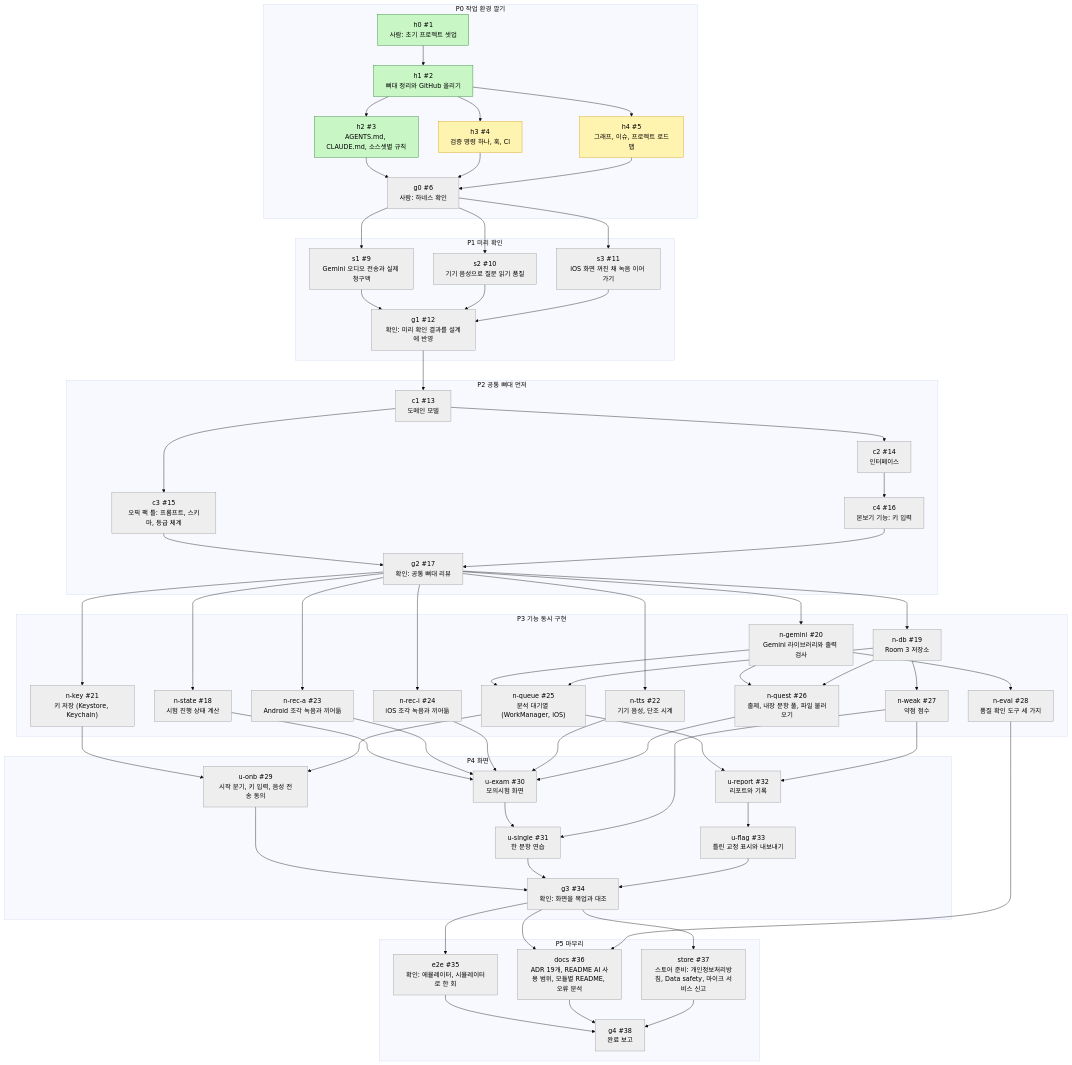
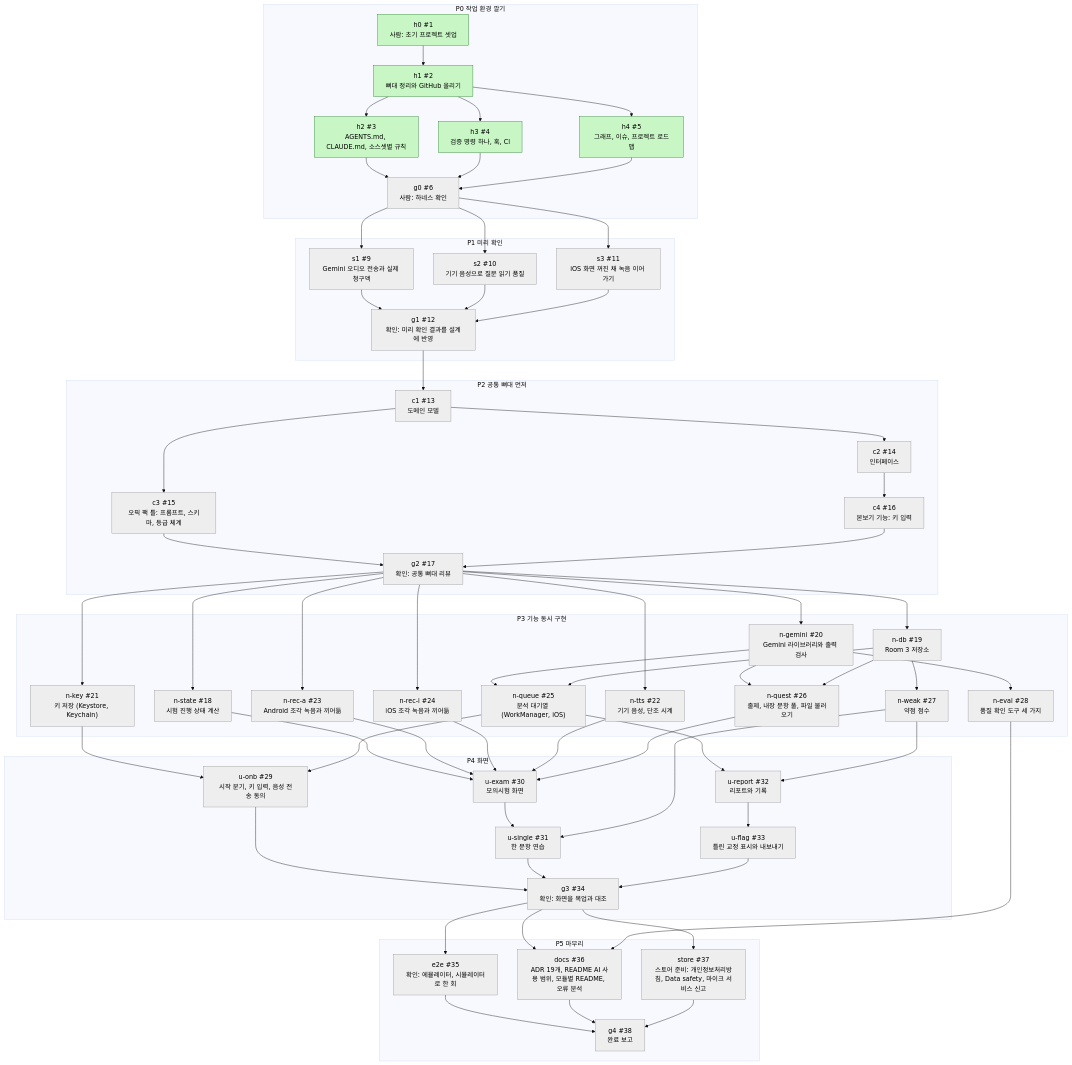
The diagram in docs/graph/dev-graph.md (nosorae/AiOpicSelfStudy), drawn with Mermaid (base theme) before and after one commit. The commit also changed other lines of this file and 1 other file, not shown here.

Commit message:
[h4] h3, h4 노드를 done 으로 표시

````diff
--- a/docs/graph/dev-graph.md
+++ b/docs/graph/dev-graph.md
@@ -111,8 +111,7 @@
   classDef todo fill:#eeeeee,stroke:#999999,color:#000
   class g0,s1,s2,s3,g1,c1,c2,c3,c4,g2,n_state,n_db,n_gemini,n_key,n_tts,n_rec_a,n_rec_i,n_queue,n_quest,n_weak,n_eval,u_onb,u_exam,u_single,u_report,u_flag,g3,e2e,docs,store,g4 todo
   classDef doing fill:#fff3b0,stroke:#d4a017,color:#000
-  class h3,h4 doing
   classDef done fill:#c8f7c5,stroke:#2e7d32,color:#000
-  class h0,h1,h2 done
+  class h0,h1,h2,h3,h4 done
   classDef blocked fill:#ffcdd2,stroke:#c62828,color:#000
 ```
````
